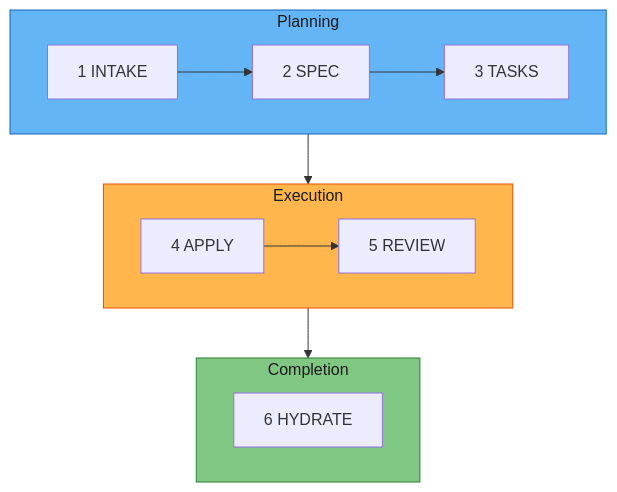
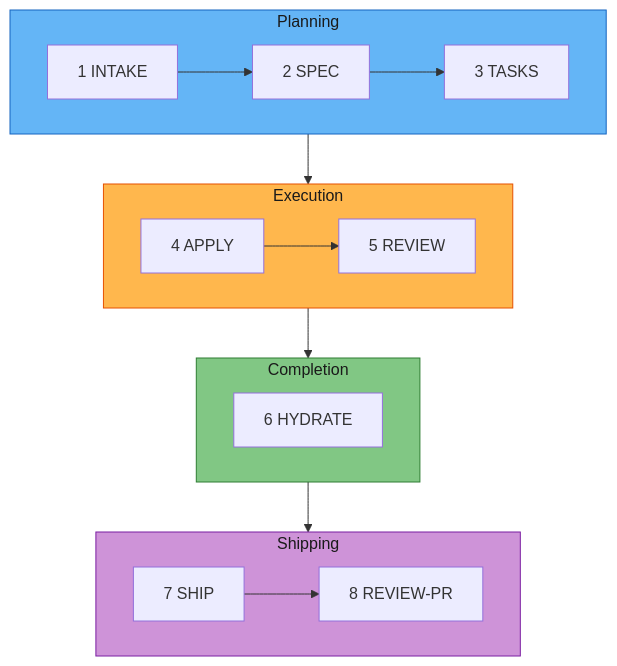
One commit to wvrdz/fab-kit changed the first of 2 diagrams in README.md. Above: the diagram before and after it, drawn with Mermaid. The commit also changed other lines of this file and 3 other files, not shown here.

````diff
--- a/README.md
+++ b/README.md
@@ -15,22 +15,28 @@
 ```mermaid
 flowchart TD
     subgraph planning ["Planning"]
         direction LR
         B["1 INTAKE"] --> S["2 SPEC"] --> T["3 TASKS"]
     end
     subgraph execution ["Execution"]
         direction LR
         A["4 APPLY"] --> V["5 REVIEW"]
     end
     subgraph completion ["Completion"]
         direction LR
         AR["6 HYDRATE"]
     end
+    subgraph shipping ["Shipping"]
+        direction LR
+        SH["7 SHIP"] --> RPR["8 REVIEW-PR"]
+    end
 
     T --> A
     V --> AR
+    AR --> SH
 
     style planning fill:#64b5f6,stroke:#1565C0,color:#1a1a1a
     style execution fill:#ffb74d,stroke:#E65100,color:#1a1a1a
     style completion fill:#81c784,stroke:#2E7D32,color:#1a1a1a
+    style shipping fill:#ce93d8,stroke:#7B1FA2,color:#1a1a1a
 ```
````
